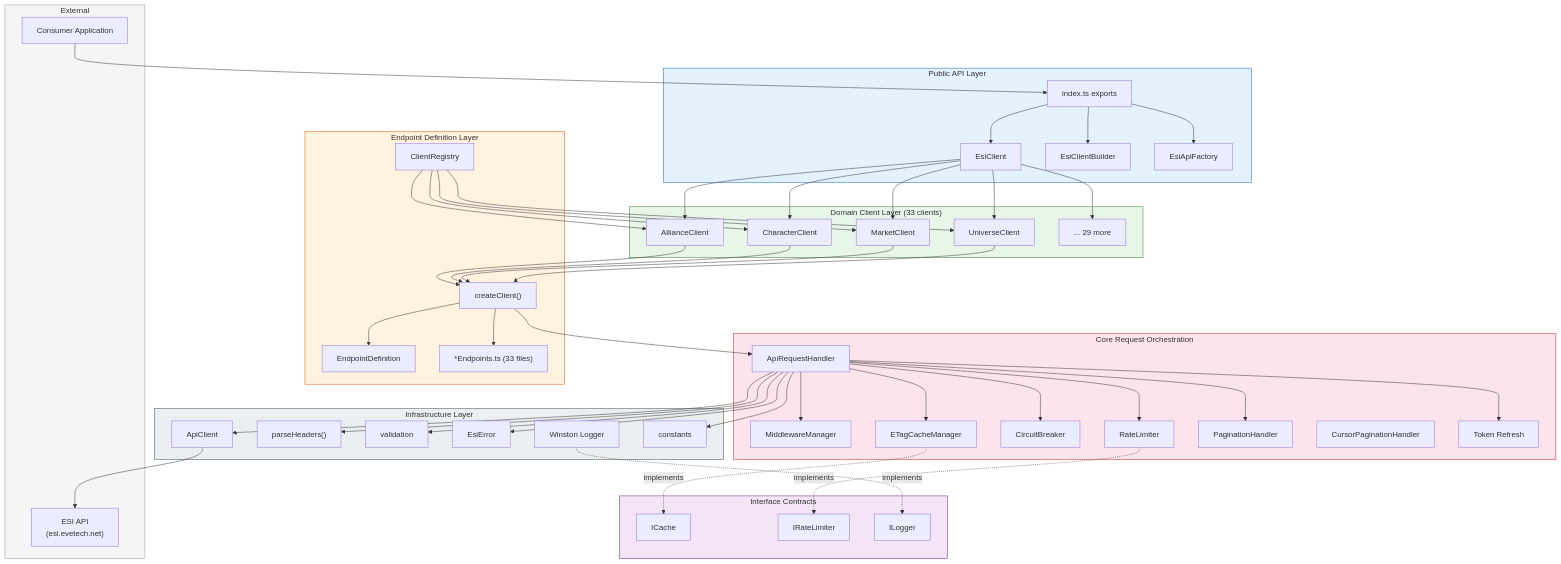
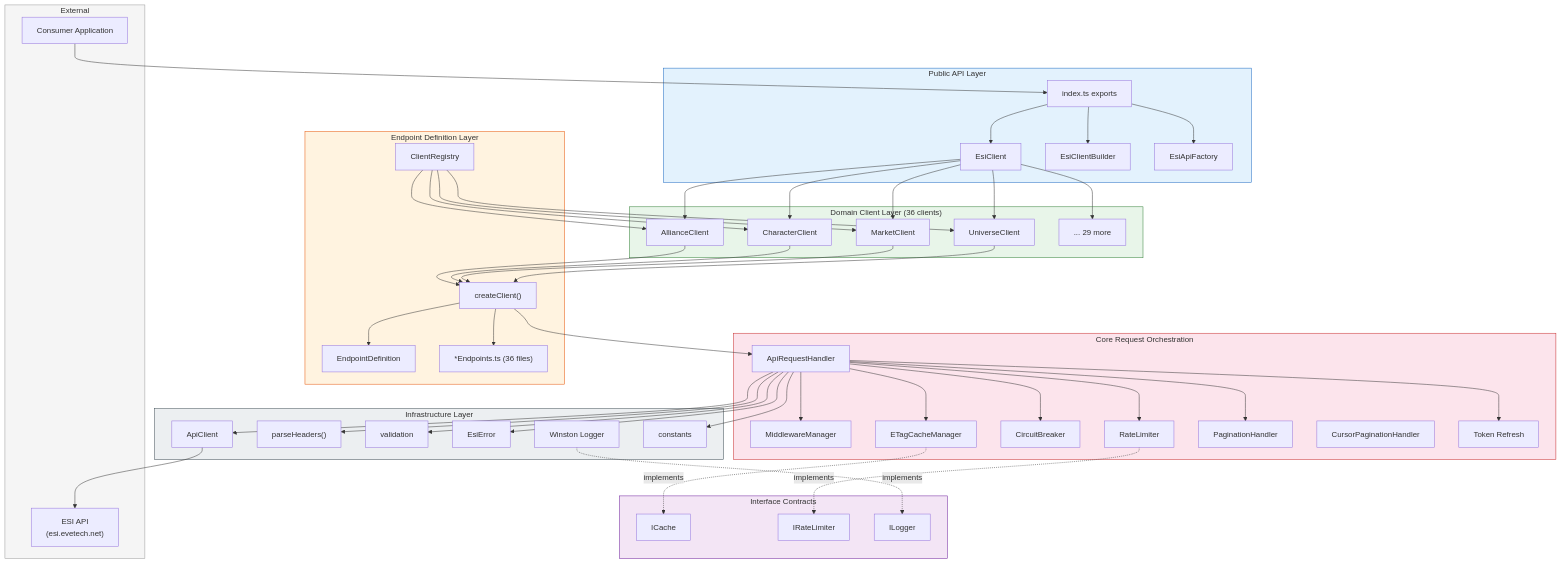
The first of 9 diagrams in docs/architecture.md (lgriffin/ESI.ts), drawn with Mermaid before and after one commit. The commit also changed other lines of this file and 30 other files, not shown here.

```diff
--- a/docs/architecture.md
+++ b/docs/architecture.md
@@ -18,7 +18,7 @@
         Index["index.ts exports"]
     end
 
-    subgraph DomainClients["Domain Client Layer (33 clients)"]
+    subgraph DomainClients["Domain Client Layer (36 clients)"]
         Alliance["AllianceClient"]
         Character["CharacterClient"]
         Market["MarketClient"]
@@ -28,7 +28,7 @@
 
     subgraph EndpointLayer["Endpoint Definition Layer"]
         EndpointDef["EndpointDefinition"]
-        EndpointFiles["*Endpoints.ts (33 files)"]
+        EndpointFiles["*Endpoints.ts (36 files)"]
         CreateClient["createClient()"]
         Registry["ClientRegistry"]
     end
```
